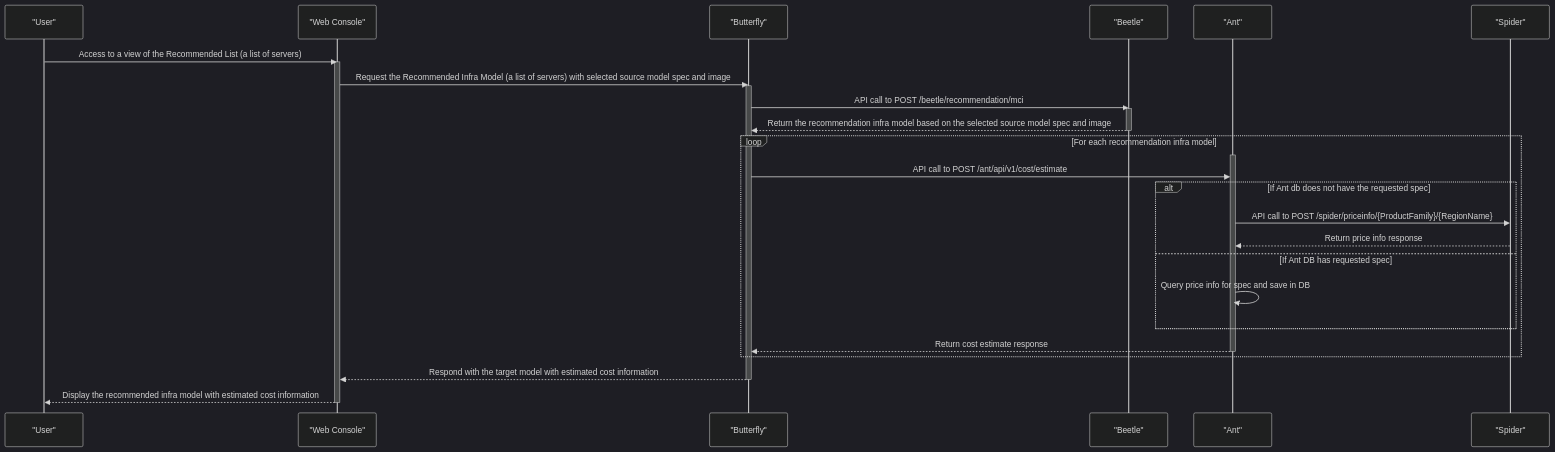
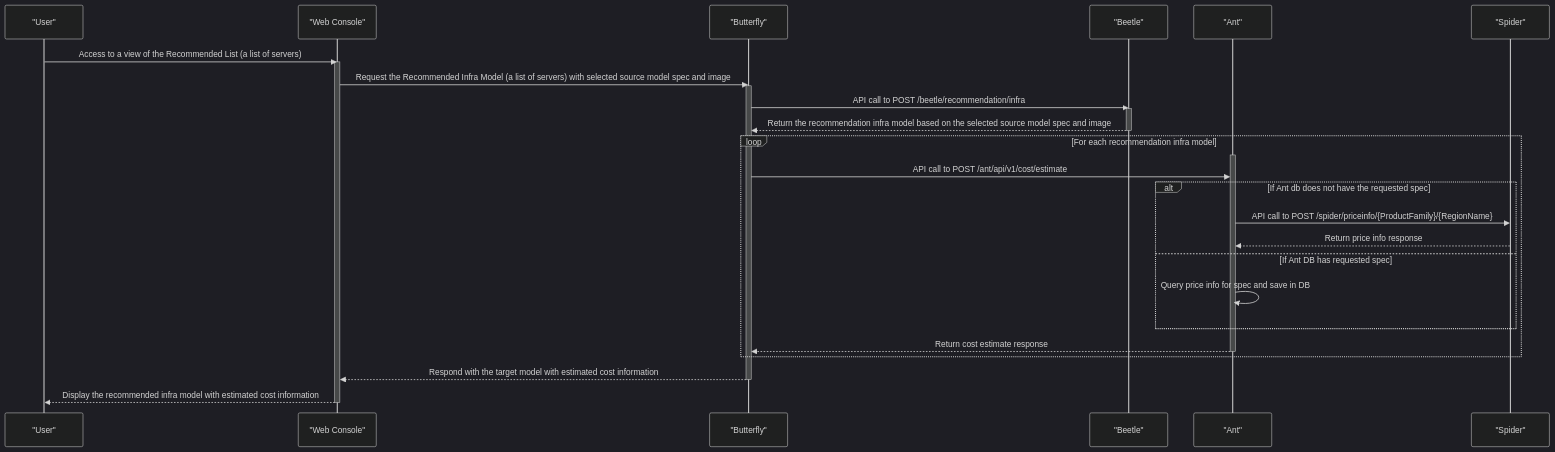
Diagram 12 of 12 in docs/v0.6.0-user-scenario-for-computing-infra-migration.md (cloud-barista/cloud-migrator), drawn with Mermaid (dark theme) before and after one commit. The commit also changed other lines of this file and 2 other files, not shown here.

Commit message:
update(docs): reflect naming convention changes and infra mig secnario

````diff
--- a/docs/v0.6.0-user-scenario-for-computing-infra-migration.md
+++ b/docs/v0.6.0-user-scenario-for-computing-infra-migration.md
@@ -775,43 +786,43 @@
 ```mermaid
 sequenceDiagram
     participant User as "User"
     participant Browser as "Web Console"
     participant Butterfly as "Butterfly"
     participant Beetle as "Beetle"
     participant Ant as "Ant"
     participant Spider as "Spider"
 
 
     User->>Browser: Access to a view of the Recommended List (a list of servers)
     activate Browser
     Browser->>Butterfly: Request the Recommended Infra Model (a list of servers) with selected source model spec and image
     activate Butterfly
 
     %% Retrieve the recommendation models list from Beetle
-	Butterfly->>Beetle: API call to POST /beetle/recommendation/mci
+    Butterfly->>Beetle: API call to POST /beetle/recommendation/infra
 	activate Beetle
 	Beetle-->>Butterfly: Return the recommendation infra model based on the selected source model spec and image
 	deactivate Beetle
 
 
     %% Retrieve estimated cost information from Ant
 	loop For each recommendation infra model
 		activate Ant
         Butterfly->>Ant: API call to POST /ant/api/v1/cost/estimate
 
         alt If Ant db does not have the requested spec
             Ant->>Spider: API call to POST /spider/priceinfo/{ProductFamily}/{RegionName}
             Spider-->>Ant: Return price info response
         else If Ant DB has requested spec
             Ant ->> Ant: Query price info for spec and save in DB
         end
 		Ant-->>Butterfly: Return cost estimate response
 		deactivate Ant
 	end
 
 	Butterfly-->>Browser: Respond with the target model with estimated cost information
     deactivate Butterfly
     Browser-->>User: Display the recommended infra model with estimated cost information
     deactivate Browser
 
 ```
````
